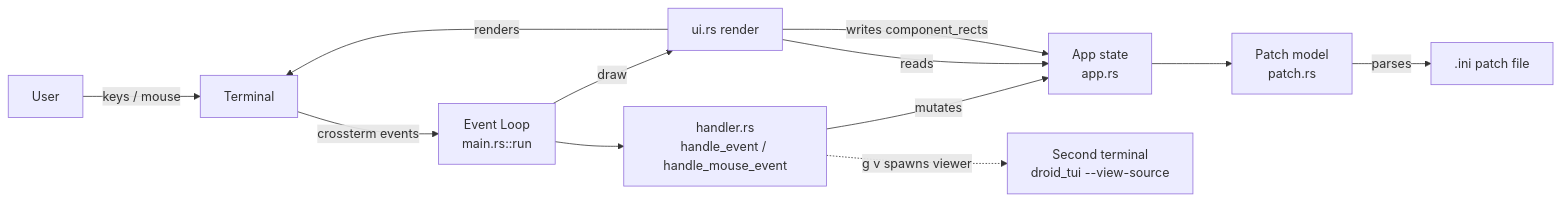
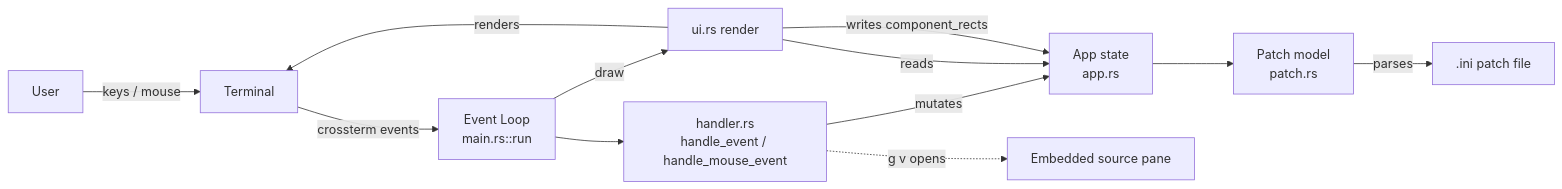
The first of 2 diagrams in ARCHITECTURE.md (moonstruxx/droid-buddy), drawn with Mermaid before and after one commit. The commit also changed other lines of this file and 21 other files, not shown here.

First line of the commit message:
embedded-source-navigation: embed source pane, add selection + occurrence navigation

````diff
--- a/ARCHITECTURE.md
+++ b/ARCHITECTURE.md
@@ -40,14 +40,14 @@
 ```mermaid
 flowchart LR
     USER[User] -->|keys / mouse| TERM[Terminal]
     TERM -->|crossterm events| LOOP[Event Loop<br/>main.rs::run]
     LOOP --> HANDLER[handler.rs<br/>handle_event / handle_mouse_event]
     HANDLER -->|mutates| APP[App state<br/>app.rs]
-    HANDLER -.->|g v spawns viewer| SUB[Second terminal<br/>droid_tui --view-source]
+    HANDLER -.->|g v opens| SOURCE[Embedded source pane]
     APP --> PATCH[Patch model<br/>patch.rs]
     PATCH -->|parses| INI[.ini patch file]
     LOOP -->|draw| UI[ui.rs render]
     UI -->|reads| APP
     UI -->|writes component_rects| APP
     UI -->|renders| TERM
 ```
````
